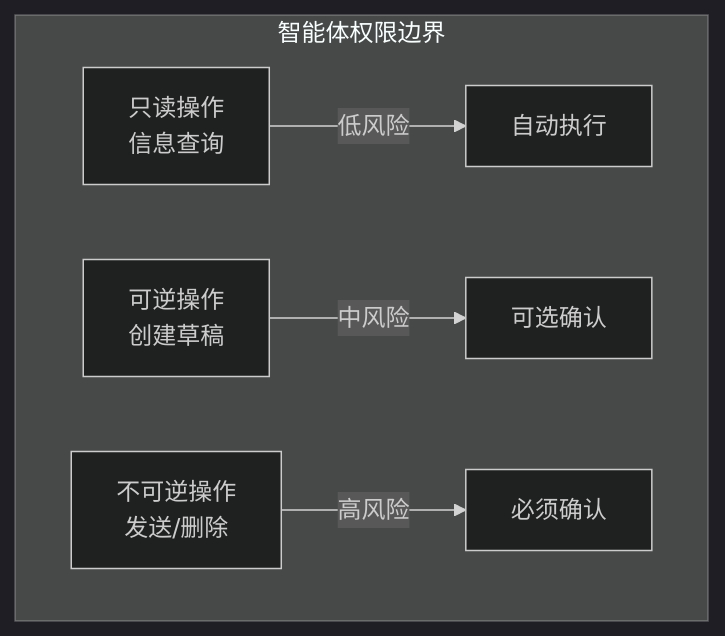
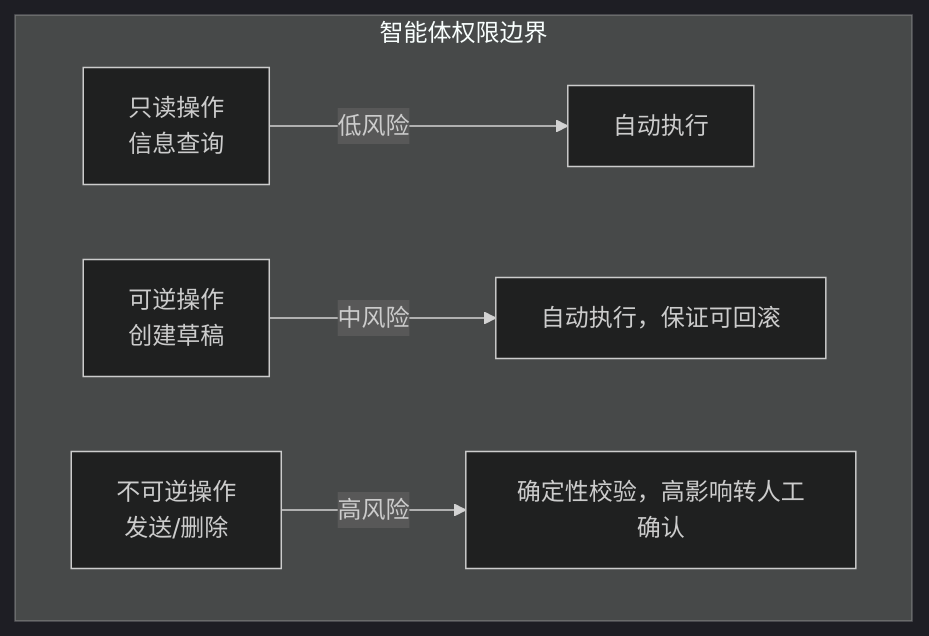
One commit to yeasy/ai_security_guide changed the sixth of 7 diagrams in 08_architecture/8.3_access_control.md. Above: the diagram before and after it, drawn with Mermaid (dark theme). The commit also changed other lines of this file and 13 other files, not shown here.

````diff
--- a/08_architecture/8.3_access_control.md
+++ b/08_architecture/8.3_access_control.md
@@ -158,8 +158,8 @@
 ```mermaid
 flowchart TB
     subgraph "智能体权限边界"
     A["只读操作<br/>信息查询"] --> |低风险| D["自动执行"]
-    B["可逆操作<br/>创建草稿"] --> |中风险| E["可选确认"]
-    C["不可逆操作<br/>发送/删除"] --> |高风险| F["必须确认"]
+    B["可逆操作<br/>创建草稿"] --> |中风险| E["自动执行，保证可回滚"]
+    C["不可逆操作<br/>发送/删除"] --> |高风险| F["确定性校验，高影响转人工确认"]
     end
 ```
````
